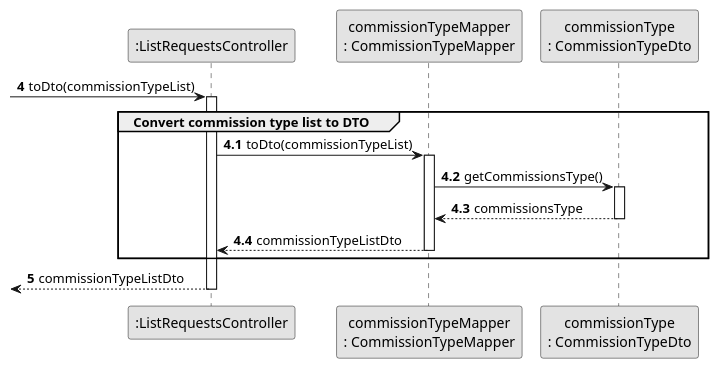
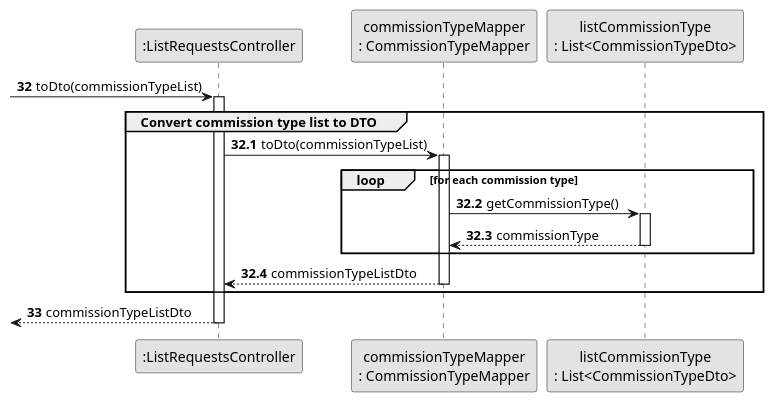
One commit to rita-barbosa/LAPR2-2223 changed the diagram in docs/sprintC/us008/03.design/puml/us008-sequence-diagram-partial-convert-commission-type-list-to-DTO.puml. Above: the diagram before and after it, drawn with PlantUML. The commit also changed 13 other files, not shown here.

```diff
--- a/docs/sprintC/us008/03.design/puml/us008-sequence-diagram-partial-convert-commission-type-list-to-DTO.puml
+++ b/docs/sprintC/us008/03.design/puml/us008-sequence-diagram-partial-convert-commission-type-list-to-DTO.puml
@@ -1,41 +1,42 @@
 @startuml
 skinparam monochrome true
 skinparam packageStyle rectangle
 skinparam shadowing false
 
 
 participant ":ListRequestsController" as CTRL
 participant "commissionTypeMapper\n: CommissionTypeMapper" as ComTypeMapper
-participant "commissionType\n: CommissionTypeDto" as ComType
+participant "listCommissionType\n: List<CommissionTypeDto>" as ComType
 
-autonumber 4
+autonumber 32
     -> CTRL: toDto(commissionTypeList)
     activate CTRL
 
 group Convert commission type list to DTO
 
-autonumber 4.1
+autonumber 32.1
+
+
     CTRL -> ComTypeMapper : toDto(commissionTypeList)
     activate ComTypeMapper
 
-'    ComTypeMapper -> ComTypeMapper : toDto(commissionTypeList)
-'    activate ComTypeMapper
 
-    ComTypeMapper -> ComType : getCommissionsType()
+ loop for each commission type
+
+    ComTypeMapper -> ComType : getCommissionType()
     activate ComType
 
-    ComType --> ComTypeMapper : commissionsType
+    ComType --> ComTypeMapper : commissionType
     deactivate ComType
 
-'    ComTypeMapper --> ComTypeMapper :
-'    deactivate ComTypeMapper
-
+end loop
     ComTypeMapper --> CTRL : commissionTypeListDto
     deactivate ComTypeMapper
 
+
 end group
-autonumber 5
+autonumber 33
      <-- CTRL: commissionTypeListDto
      deactivate CTRL
 
 @enduml
```
